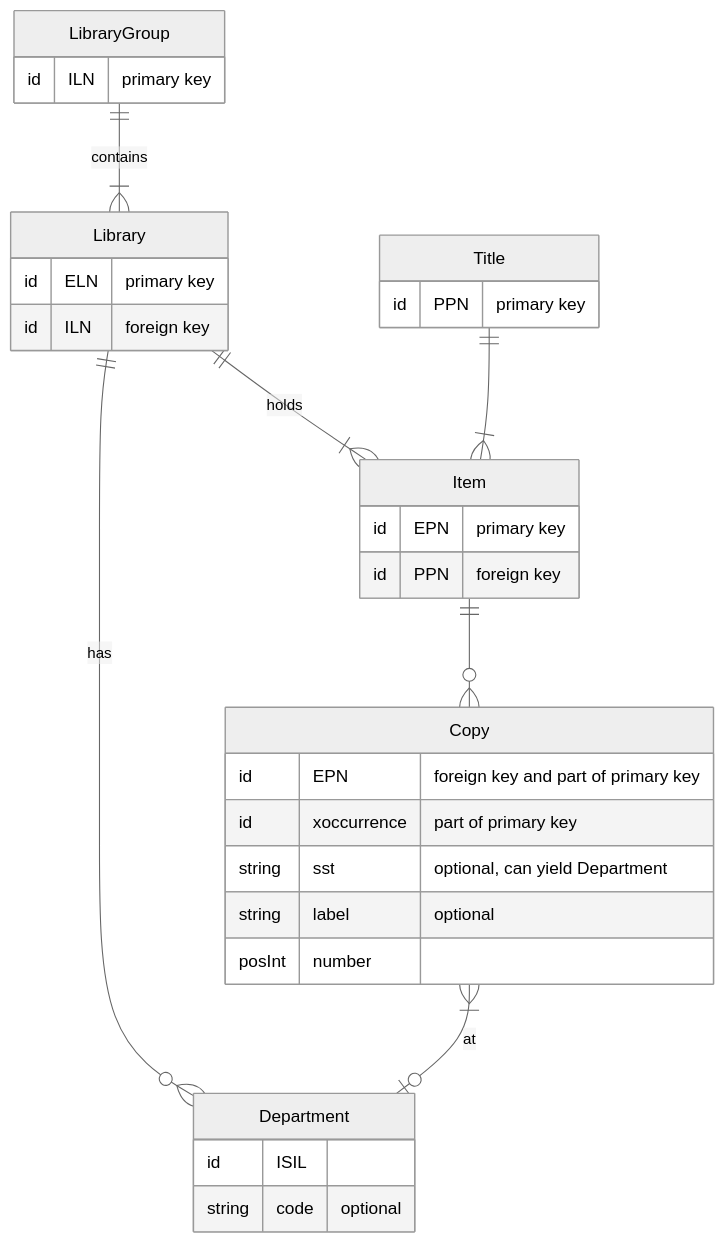
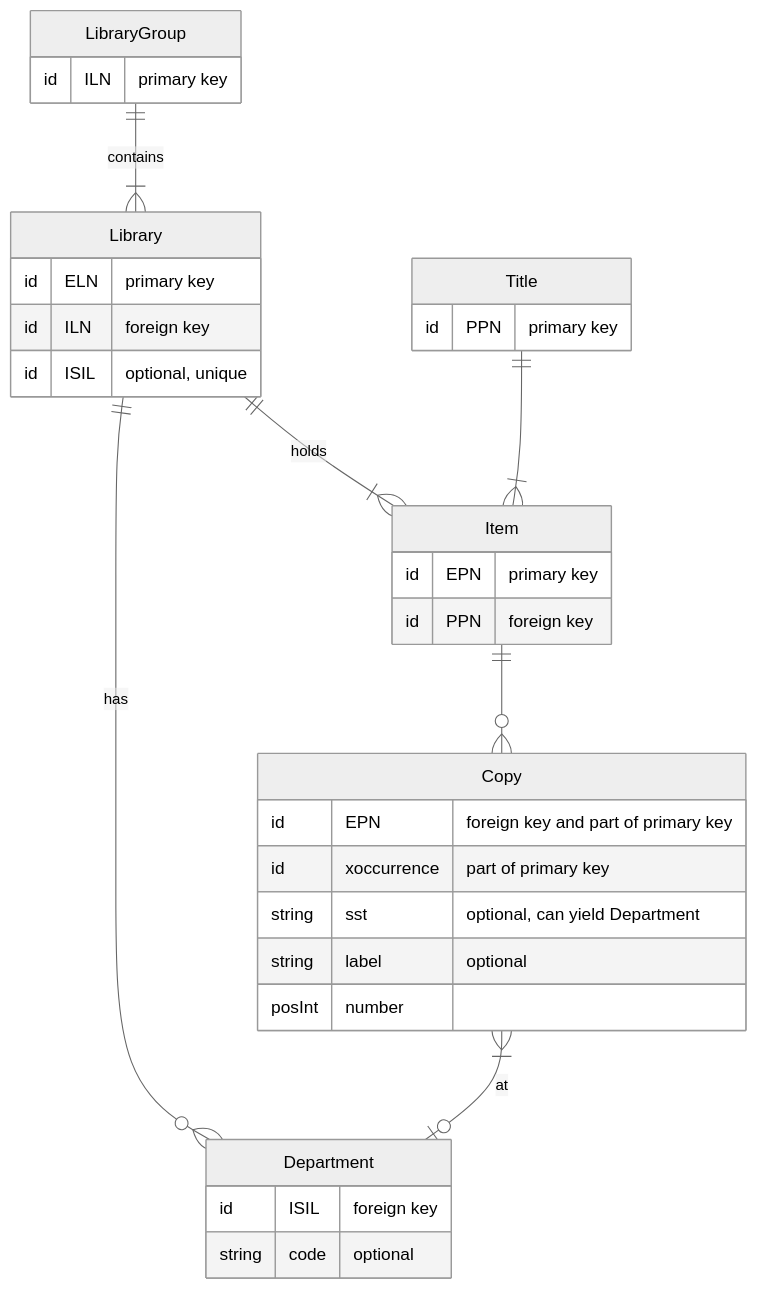
One commit to gbv/k10plus-items changed the diagram in model.mmd. Above: the diagram before and after it, drawn with Mermaid (neutral theme). The commit also changed 1 other file, not shown here.

Commit message:
Update model diagram

```diff
--- a/model.mmd
+++ b/model.mmd
@@ -1,32 +1,33 @@
 erDiagram
     LibraryGroup {
         id ILN "primary key"
     }    
     Library {
         id ELN "primary key"
         id ILN "foreign key"
+        id ISIL "optional, unique"
     }
     LibraryGroup ||--|{ Library : contains
     Title {
         id PPN "primary key"
     }
     Title ||--|{ Item : ""
     Item {
         id EPN "primary key"
         id PPN "foreign key"
     }
     Library ||--|{ Item : holds
     Item ||--o{ Copy : ""
     Copy {
         id EPN "foreign key and part of primary key"
         id xoccurrence "part of primary key"
         string sst "optional, can yield Department"
         string label "optional"
         posInt number
     }
     Library ||--o{ Department : "has"
     Department {
-        id ISIL
+        id ISIL "foreign key"
         string code "optional"
     }
     Copy }|--o| Department : "at" 
```
